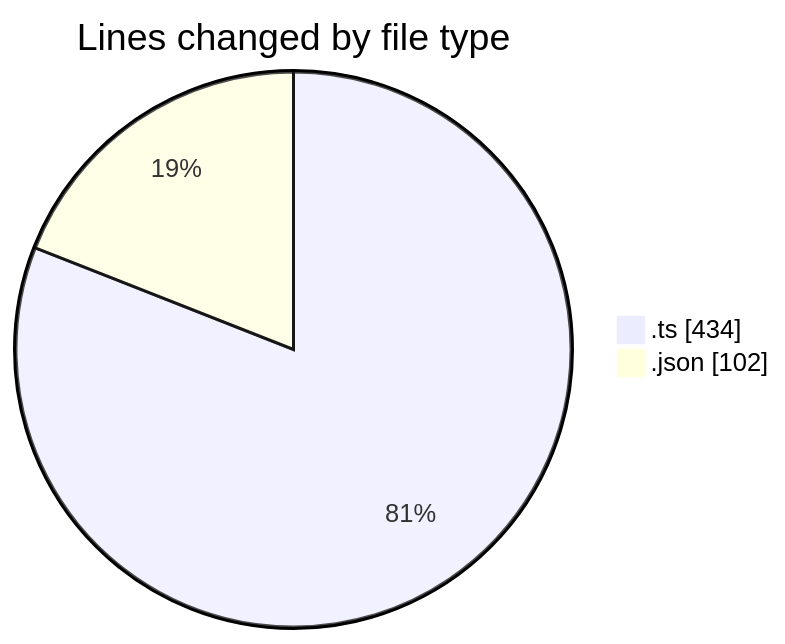
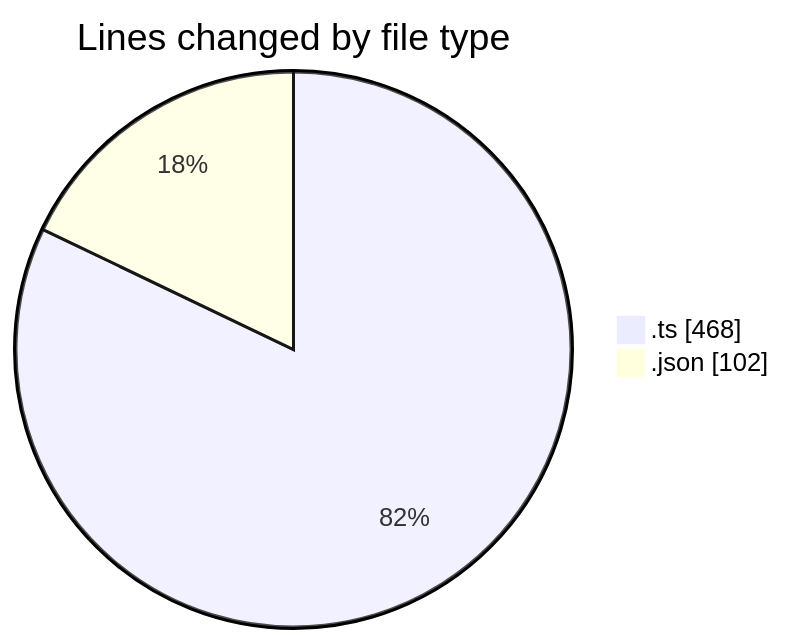
One commit to igalym/code-tracking changed the first of 2 diagrams in 2026-03-30/cinema/README.md. Above: the diagram before and after it, drawn with Mermaid. The commit also changed other lines of this file and 1 other file, not shown here.

````diff
--- a/2026-03-30/cinema/README.md
+++ b/2026-03-30/cinema/README.md
@@ -36,6 +36,6 @@
 ```mermaid
 pie showData
 title Lines changed by file type
-".ts" : 434
+".ts" : 468
 ".json" : 102
 ```
````
